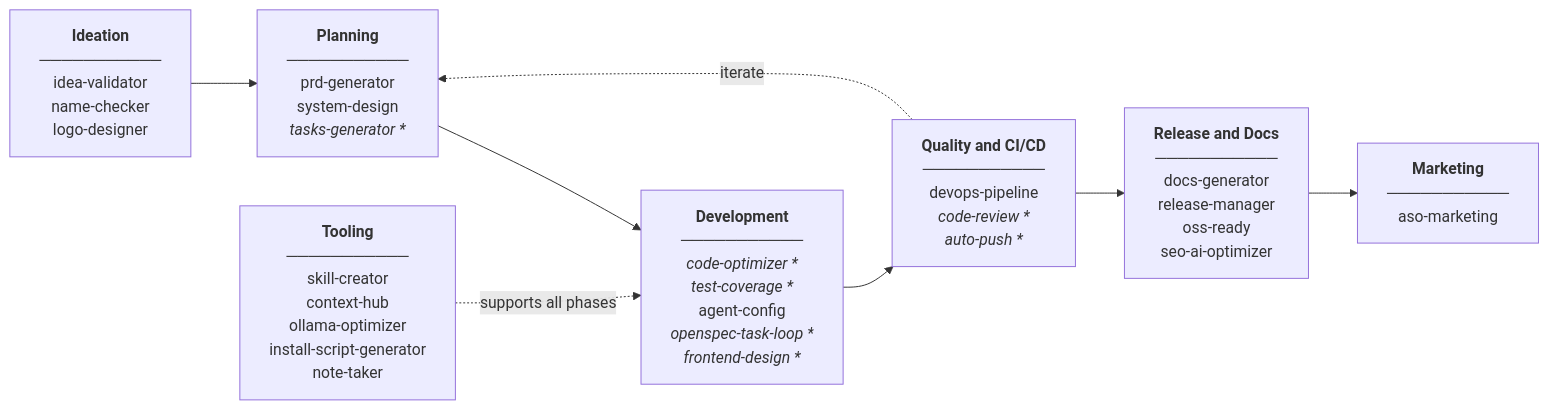
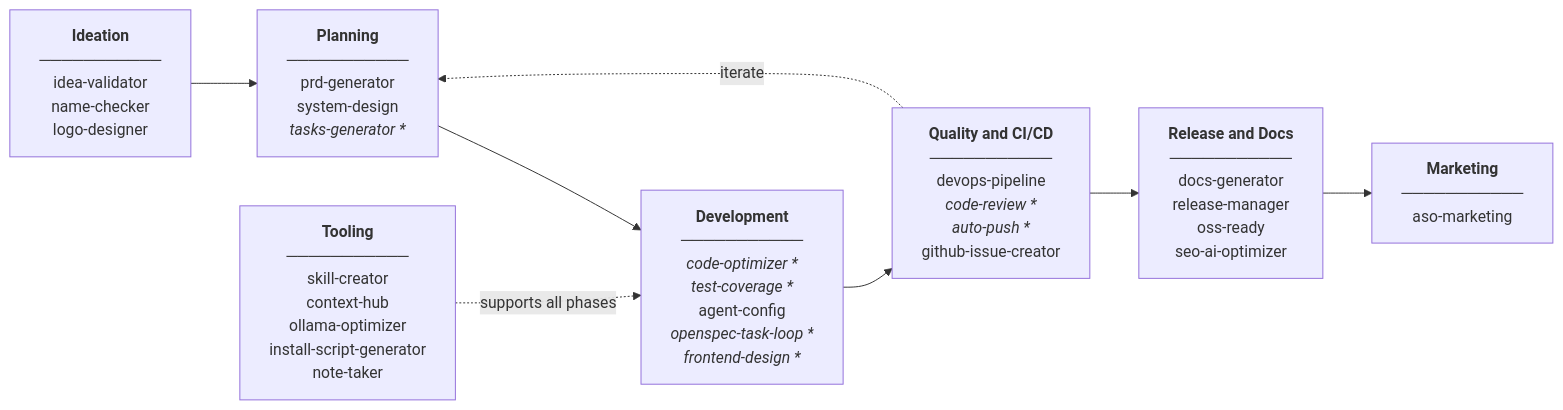
The diagram in README.md (luongnv89/skills), drawn with Mermaid before and after one commit. The commit also changed other lines of this file and 1 other file, not shown here.

````diff
--- a/README.md
+++ b/README.md
@@ -53,18 +53,18 @@
 ```mermaid
 flowchart LR
     IDEATION["<b>Ideation</b><br/>───────────<br/>idea-validator<br/>name-checker<br/>logo-designer"]
     PLANNING["<b>Planning</b><br/>───────────<br/>prd-generator<br/>system-design<br/><i>tasks-generator *</i>"]
     DEVELOPMENT["<b>Development</b><br/>───────────<br/><i>code-optimizer *</i><br/><i>test-coverage *</i><br/>agent-config<br/><i>openspec-task-loop *</i><br/><i>frontend-design *</i>"]
-    QUALITY["<b>Quality and CI/CD</b><br/>───────────<br/>devops-pipeline<br/><i>code-review *</i><br/><i>auto-push *</i>"]
+    QUALITY["<b>Quality and CI/CD</b><br/>───────────<br/>devops-pipeline<br/><i>code-review *</i><br/><i>auto-push *</i><br/>github-issue-creator"]
     RELEASE["<b>Release and Docs</b><br/>───────────<br/>docs-generator<br/>release-manager<br/>oss-ready<br/>seo-ai-optimizer"]
     MARKETING["<b>Marketing</b><br/>───────────<br/>aso-marketing"]
     TOOLING["<b>Tooling</b><br/>───────────<br/>skill-creator<br/>context-hub<br/>ollama-optimizer<br/>install-script-generator<br/>note-taker"]
 
     IDEATION --> PLANNING
     PLANNING --> DEVELOPMENT
     DEVELOPMENT --> QUALITY
     QUALITY --> RELEASE
     RELEASE --> MARKETING
     QUALITY -.->|iterate| PLANNING
     TOOLING -.->|supports all phases| DEVELOPMENT
 ```
````
